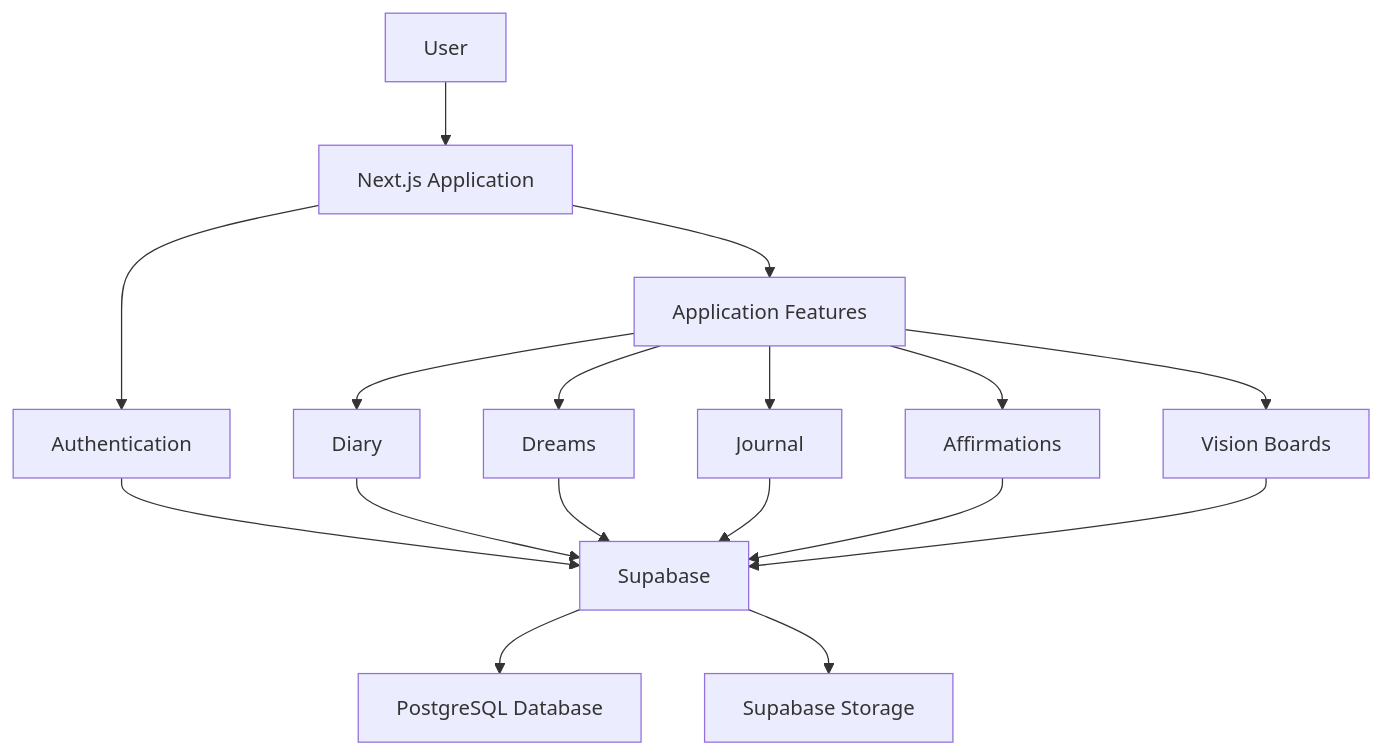
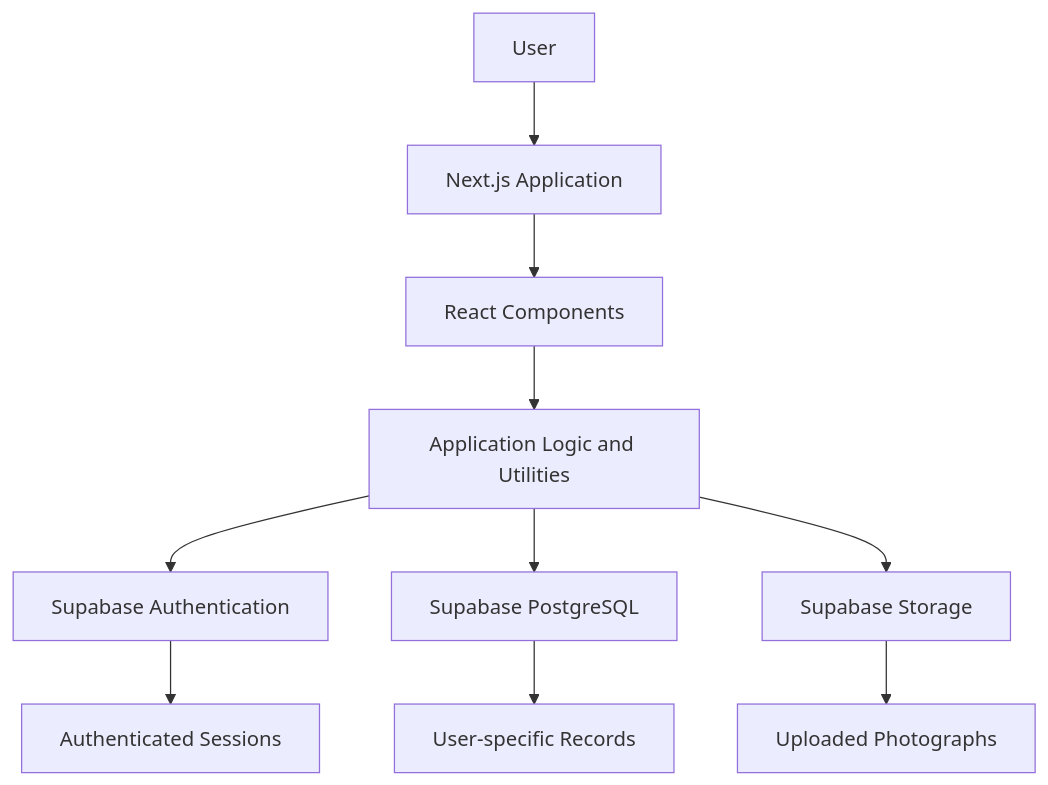
One commit to kajalsanwalll/dear_someday changed the diagram in README.md. Above: the diagram before and after it, drawn with Mermaid. The commit also changed other lines of this file, not shown here.

````diff
--- a/README.md
+++ b/README.md
@@ -56,19 +58,12 @@
 ```mermaid
 flowchart TD
     A[User] --> B[Next.js Application]
-    B --> C[Authentication]
-    B --> D[Application Features]
-    D --> E[Diary]
-    D --> F[Dreams]
-    D --> G[Journal]
-    D --> H[Affirmations]
-    D --> I[Vision Boards]
-    C --> J[Supabase]
-    E --> J
-    F --> J
-    G --> J
-    H --> J
-    I --> J
-    J --> K[PostgreSQL Database]
-    J --> L[Supabase Storage]
+    B --> C[React Components]
+    C --> D[Application Logic and Utilities]
+    D --> E[Supabase Authentication]
+    D --> F[Supabase PostgreSQL]
+    D --> G[Supabase Storage]
+    F --> H[User-specific Records]
+    G --> I[Uploaded Photographs]
+    E --> J[Authenticated Sessions]
 ```
````
